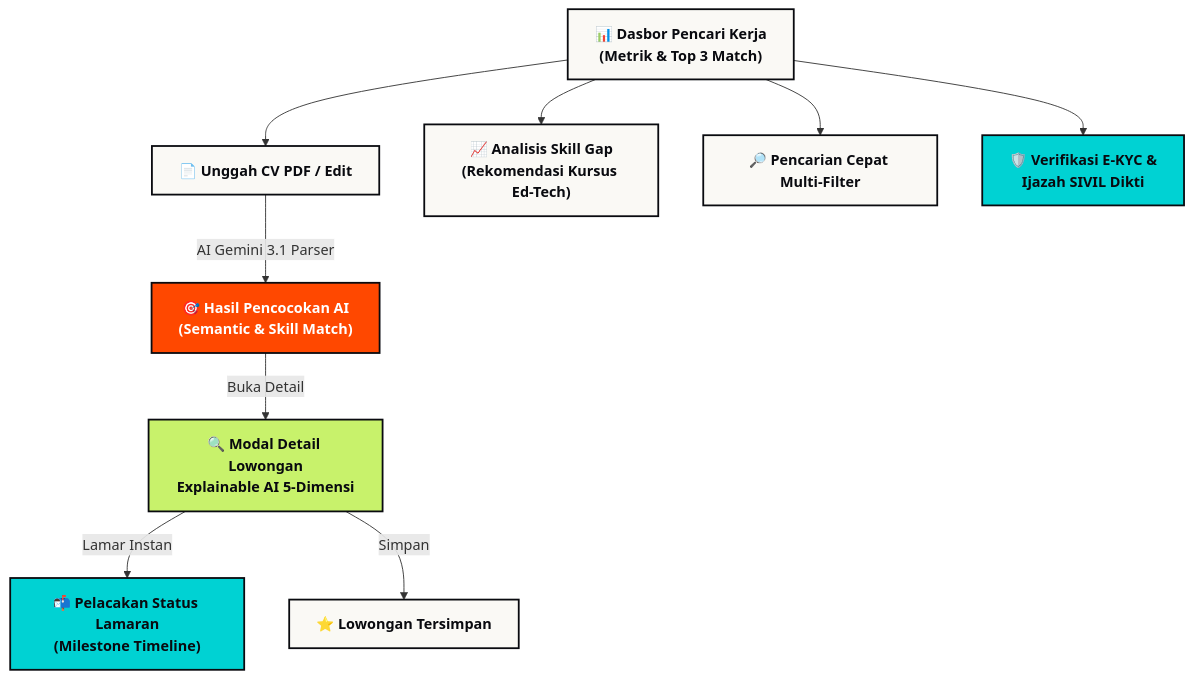
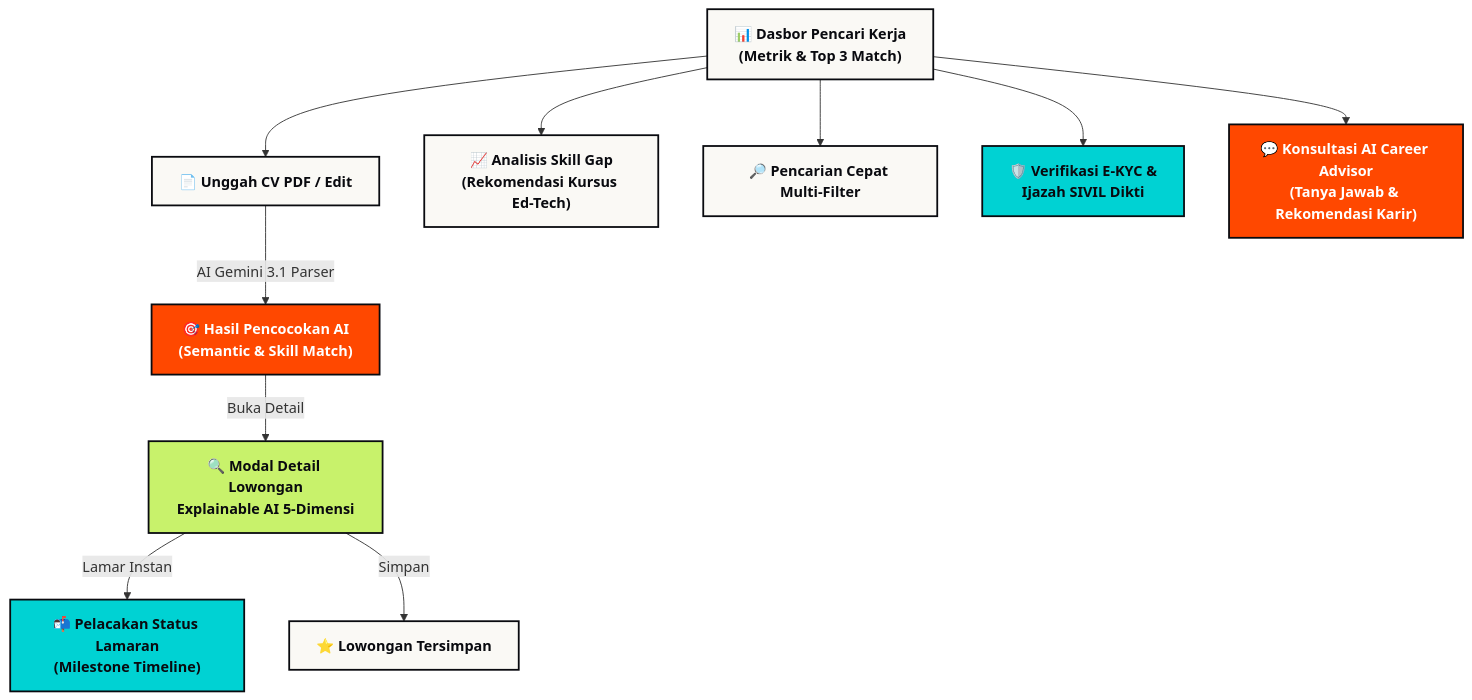
Before and after one commit to LouSens/KerjaCerdas: the second of 5 diagrams in README.md, drawn with Mermaid. The commit also changed other lines of this file and 14 other files, not shown here.

Commit message:
chore(assets): update UI screenshots 06-22 with redesigned AI Career Advisor dialog and update README

````diff
--- a/README.md
+++ b/README.md
@@ -113,18 +113,19 @@
 ```mermaid
 flowchart TD
     classDef page fill:#FAF9F5,stroke:#090A0F,stroke-width:2px,color:#090A0F,font-weight:bold
     classDef ai fill:#FF4800,stroke:#090A0F,stroke-width:2px,color:#fff,font-weight:bold
     classDef modal fill:#C8F26B,stroke:#090A0F,stroke-width:2px,color:#090A0F,font-weight:bold
     classDef action fill:#00D2D3,stroke:#090A0F,stroke-width:2px,color:#090A0F,font-weight:bold
 
     A["📊 Dasbor Pencari Kerja\n(Metrik & Top 3 Match)"]:::page --> B["📄 Unggah CV PDF / Edit"]:::page
     B -->|AI Gemini 3.1 Parser| C["🎯 Hasil Pencocokan AI\n(Semantic & Skill Match)"]:::ai
     
     C -->|Buka Detail| D["🔍 Modal Detail Lowongan\nExplainable AI 5-Dimensi"]:::modal
     D -->|Lamar Instan| E["📬 Pelacakan Status Lamaran\n(Milestone Timeline)"]:::action
     D -->|Simpan| F["⭐ Lowongan Tersimpan"]:::page
     
     A --> G["📈 Analisis Skill Gap\n(Rekomendasi Kursus Ed-Tech)"]:::page
     A --> H["🔎 Pencarian Cepat Multi-Filter"]:::page
     A --> I["🛡️ Verifikasi E-KYC &\nIjazah SIVIL Dikti"]:::action
+    A --> J["💬 Konsultasi AI Career Advisor\n(Tanya Jawab & Rekomendasi Karir)"]:::ai
 ```
````
